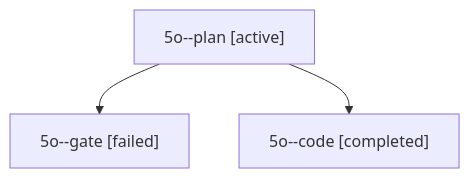
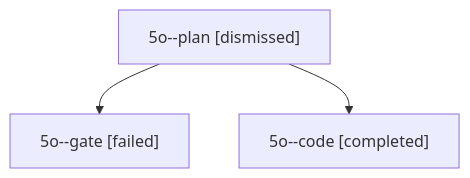
The diagram in sessions/bbugyi200.apollo.5o.md (bobs-org/bob-cli--agents), drawn with Mermaid before and after one commit. The commit also changed other lines of this file and 14 other files, not shown here.

````diff
--- a/sessions/bbugyi200.apollo.5o.md
+++ b/sessions/bbugyi200.apollo.5o.md
@@ -9,8 +9,8 @@
 ```mermaid
 flowchart TD
-  n0["5o--plan [active]"]
+  n0["5o--plan [dismissed]"]
   n1["5o--gate [failed]"]
   n0 --> n1
   n2["5o--code [completed]"]
   n0 --> n2
 ```
````
